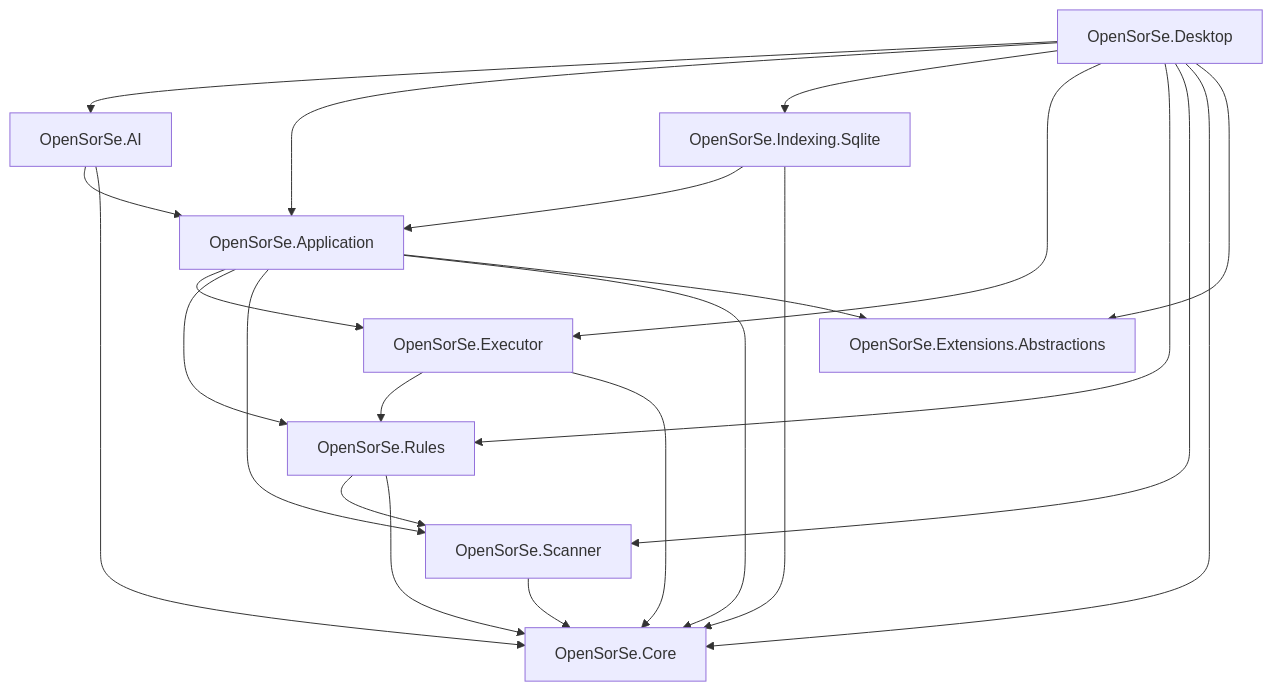
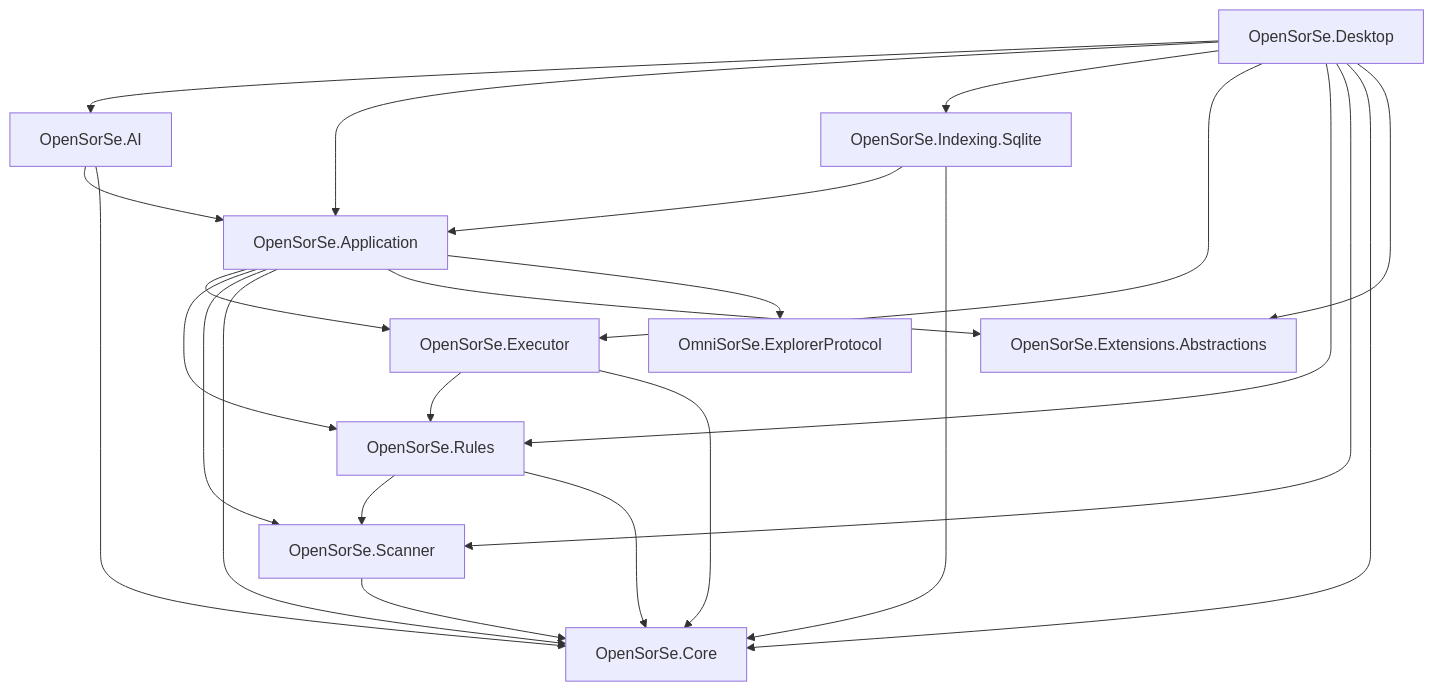
One commit to nishdel/OmniSorSe changed the diagram in docs/REPOSITORY_STRUCTURE.md. Above: the diagram before and after it, drawn with Mermaid. The commit also changed other lines of this file and 146 other files, not shown here.

Commit message:
Release OmniSorSe v2.4.0

````diff
--- a/docs/REPOSITORY_STRUCTURE.md
+++ b/docs/REPOSITORY_STRUCTURE.md
@@ -9,35 +9,37 @@
 ```mermaid
 flowchart TB
     Desktop["OpenSorSe.Desktop"]
     Ai["OpenSorSe.AI"]
     Application["OpenSorSe.Application"]
     Indexing["OpenSorSe.Indexing.Sqlite"]
     Executor["OpenSorSe.Executor"]
     Rules["OpenSorSe.Rules"]
     Scanner["OpenSorSe.Scanner"]
     Core["OpenSorSe.Core"]
     Sdk["OpenSorSe.Extensions.Abstractions"]
+    Protocol["OmniSorSe.ExplorerProtocol"]
 
     Desktop --> Ai
     Desktop --> Application
     Desktop --> Indexing
     Desktop --> Executor
     Desktop --> Rules
     Desktop --> Scanner
     Desktop --> Core
     Desktop --> Sdk
     Ai --> Application
     Ai --> Core
     Application --> Executor
     Application --> Rules
     Application --> Scanner
     Application --> Core
     Application --> Sdk
+    Application --> Protocol
     Indexing --> Application
     Indexing --> Core
     Executor --> Rules
     Executor --> Core
     Rules --> Scanner
     Rules --> Core
     Scanner --> Core
 ```
````
